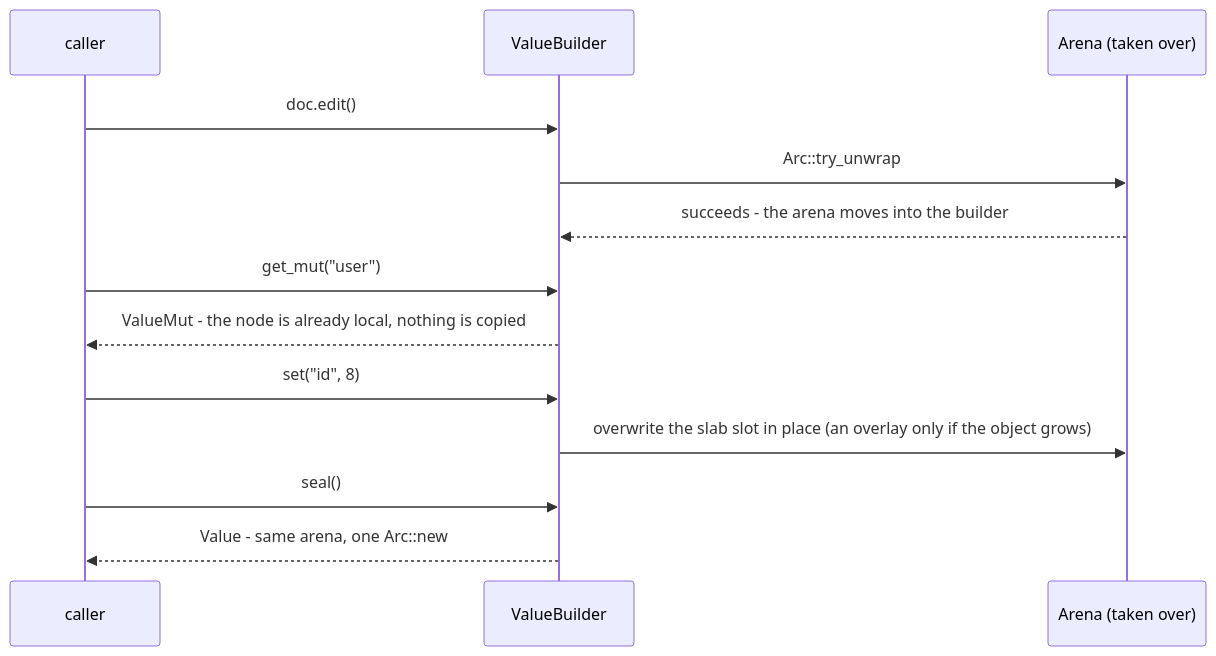
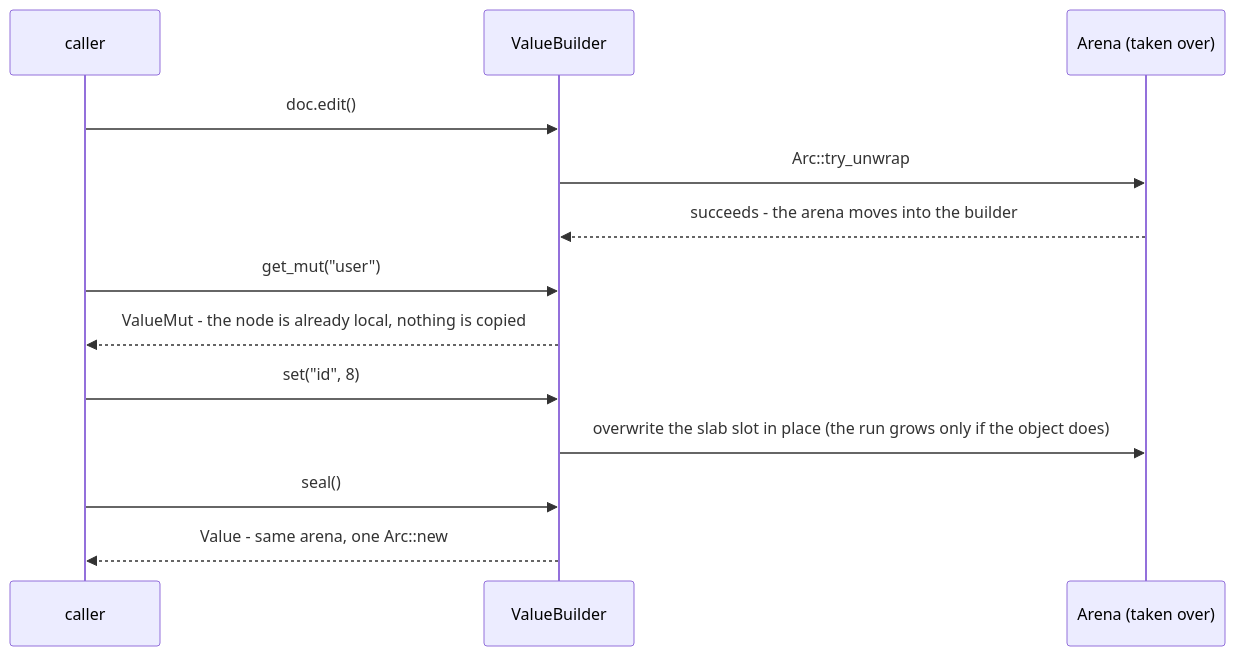
One commit to apollographql/router changed the eighth of 11 diagrams in vendored/apollo-json/DESIGN.md. Above: the diagram before and after it, drawn with Mermaid. The commit also changed other lines of this file and 3 other files, not shown here.

````diff
--- a/vendored/apollo-json/DESIGN.md
+++ b/vendored/apollo-json/DESIGN.md
@@ -313,15 +316,15 @@
 ```mermaid
 sequenceDiagram
     participant U as caller
     participant B as ValueBuilder
     participant A as Arena (taken over)
     U->>B: doc.edit()
     B->>A: Arc::try_unwrap
     A-->>B: succeeds - the arena moves into the builder
     U->>B: get_mut("user")
     B-->>U: ValueMut - the node is already local, nothing is copied
     U->>B: set("id", 8)
-    B->>A: overwrite the slab slot in place (an overlay only if the object grows)
+    B->>A: overwrite the slab slot in place (the run grows only if the object does)
     U->>B: seal()
     B-->>U: Value - same arena, one Arc::new
 ```
````
